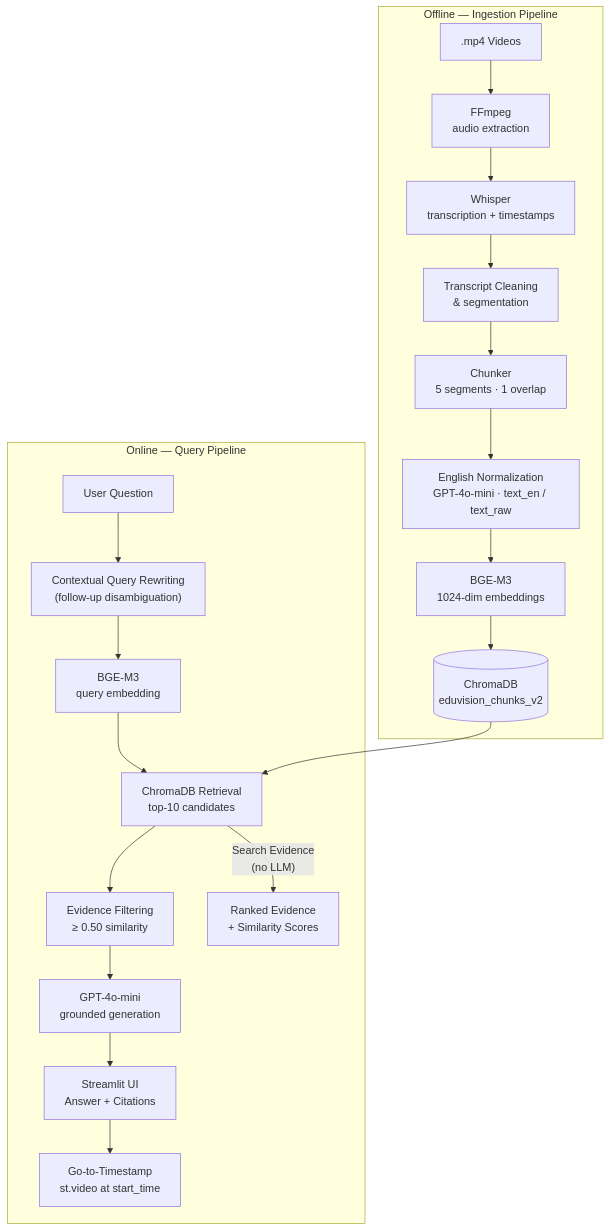
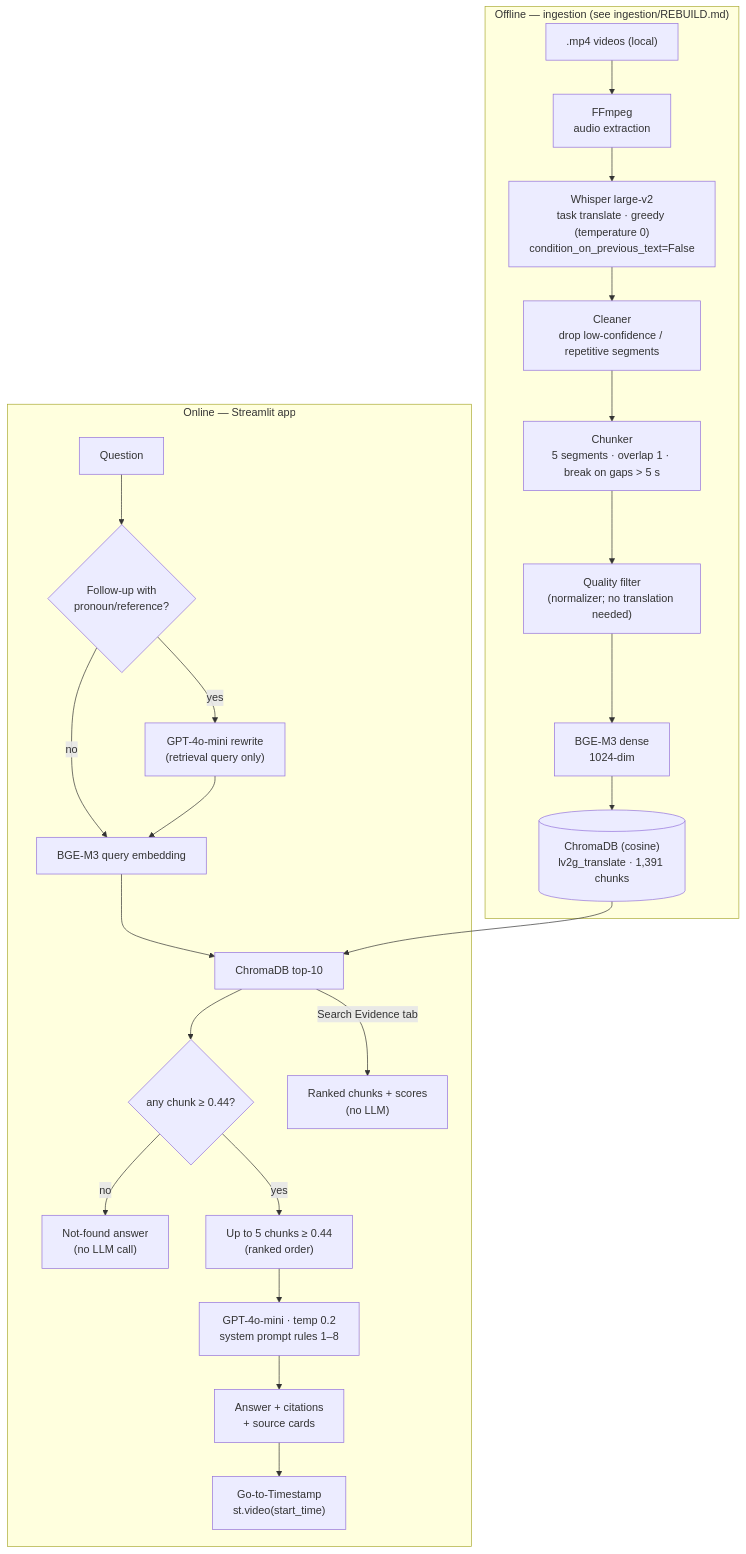
The diagram in README.md (Kaushal1712/EduVision-RAG), drawn with Mermaid before and after one commit. The commit also changed other lines of this file and 78 other files, not shown here.

````diff
--- a/README.md
+++ b/README.md
@@ -81,26 +37,29 @@
 ```mermaid
 flowchart TB
-    subgraph OFFLINE["Offline — Ingestion Pipeline"]
-        V[".mp4 Videos"] --> FP["FFmpeg\naudio extraction"]
-        FP --> TR["Whisper\ntranscription + timestamps"]
-        TR --> CL["Transcript Cleaning\n& segmentation"]
-        CL --> CH["Chunker\n5 segments · 1 overlap"]
-        CH --> NM["English Normalization\nGPT-4o-mini · text_en / text_raw"]
-        NM --> EM["BGE-M3\n1024-dim embeddings"]
-        EM --> DB[("ChromaDB\neduvision_chunks_v2")]
+    subgraph OFFLINE["Offline — ingestion (see ingestion/REBUILD.md)"]
+        V[".mp4 videos (local)"] --> FF["FFmpeg<br/>audio extraction"]
+        FF --> W["Whisper large-v2<br/>task translate · greedy (temperature 0)<br/>condition_on_previous_text=False"]
+        W --> CL["Cleaner<br/>drop low-confidence / repetitive segments"]
+        CL --> CH["Chunker<br/>5 segments · overlap 1 · break on gaps > 5 s"]
+        CH --> QF["Quality filter<br/>(normalizer; no translation needed)"]
+        QF --> EM["BGE-M3 dense<br/>1024-dim"]
+        EM --> DB[("ChromaDB (cosine)<br/>lv2g_translate · 1,391 chunks")]
     end
 
-    subgraph ONLINE["Online — Query Pipeline"]
-        Q["User Question"] --> RW["Contextual Query Rewriting\n(follow-up disambiguation)"]
-        RW --> QE["BGE-M3\nquery embedding"]
-        QE --> RT["ChromaDB Retrieval\ntop-10 candidates"]
-        RT --> FIL["Evidence Filtering\n≥ 0.50 similarity"]
-        FIL --> GEN["GPT-4o-mini\ngrounded generation"]
-        GEN --> UI["Streamlit UI\nAnswer + Citations"]
-        UI --> TS["Go-to-Timestamp\nst.video at start_time"]
-
-        RT -->|"Search Evidence\n(no LLM)"| SE["Ranked Evidence\n+ Similarity Scores"]
+    subgraph ONLINE["Online — Streamlit app"]
+        Q["Question"] --> FU{"Follow-up with<br/>pronoun/reference?"}
+        FU -->|yes| RW["GPT-4o-mini rewrite<br/>(retrieval query only)"]
+        FU -->|no| QE
+        RW --> QE["BGE-M3 query embedding"]
+        QE --> RT["ChromaDB top-10"]
+        RT --> G{"any chunk ≥ 0.44?"}
+        G -->|no| NF["Not-found answer<br/>(no LLM call)"]
+        G -->|yes| EV["Up to 5 chunks ≥ 0.44<br/>(ranked order)"]
+        EV --> GEN["GPT-4o-mini · temp 0.2<br/>system prompt rules 1–8"]
+        GEN --> ANS["Answer + citations<br/>+ source cards"]
+        ANS --> TS["Go-to-Timestamp<br/>st.video(start_time)"]
+        RT -->|Search Evidence tab| SE["Ranked chunks + scores<br/>(no LLM)"]
     end
 
     DB --> RT
 ```
````
